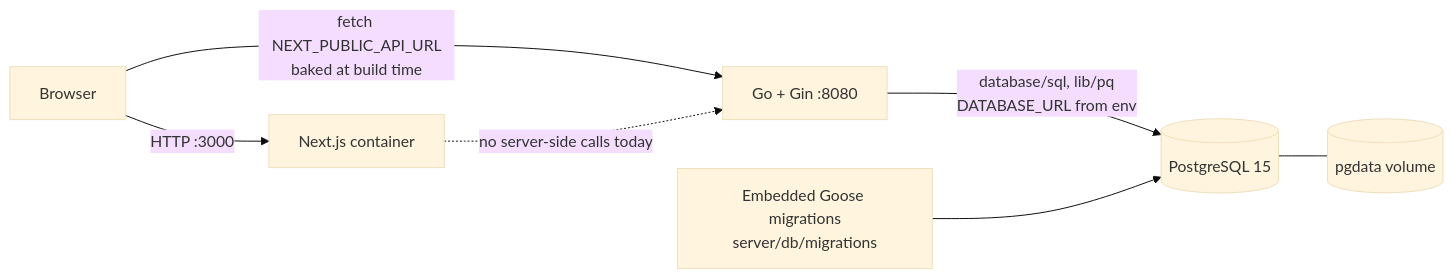
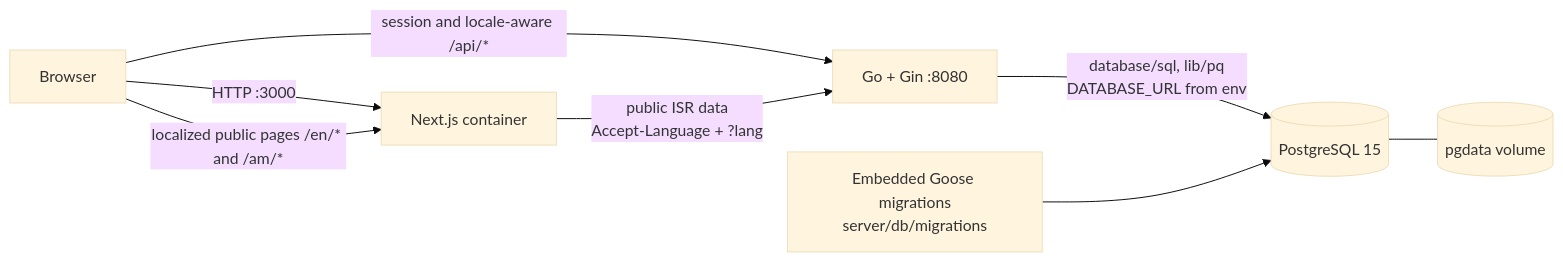
Before and after one commit to mesewo/kalenbnakafl: the first of 3 diagrams in ARCHITECTURE.md, drawn with Mermaid (base theme). The commit also changed other lines of this file and 61 other files, not shown here.

````diff
--- a/ARCHITECTURE.md
+++ b/ARCHITECTURE.md
@@ -35,9 +35,10 @@
 ```mermaid
 flowchart LR
   B[Browser] -->|HTTP :3000| FE[Next.js container]
-  B -->|fetch NEXT_PUBLIC_API_URL<br/>baked at build time| API
-  FE -.->|no server-side calls today| API
+  B -->|localized public pages /en/* and /am/*| FE
+  B -->|session and locale-aware /api/*| API
+  FE -->|public ISR data<br/>Accept-Language + ?lang| API
   API[Go + Gin :8080] -->|database/sql, lib/pq<br/>DATABASE_URL from env| DB[(PostgreSQL 15)]
   DB --- V[(pgdata volume)]
   MIG[Embedded Goose migrations<br/>server/db/migrations] --> DB
 ```
````
